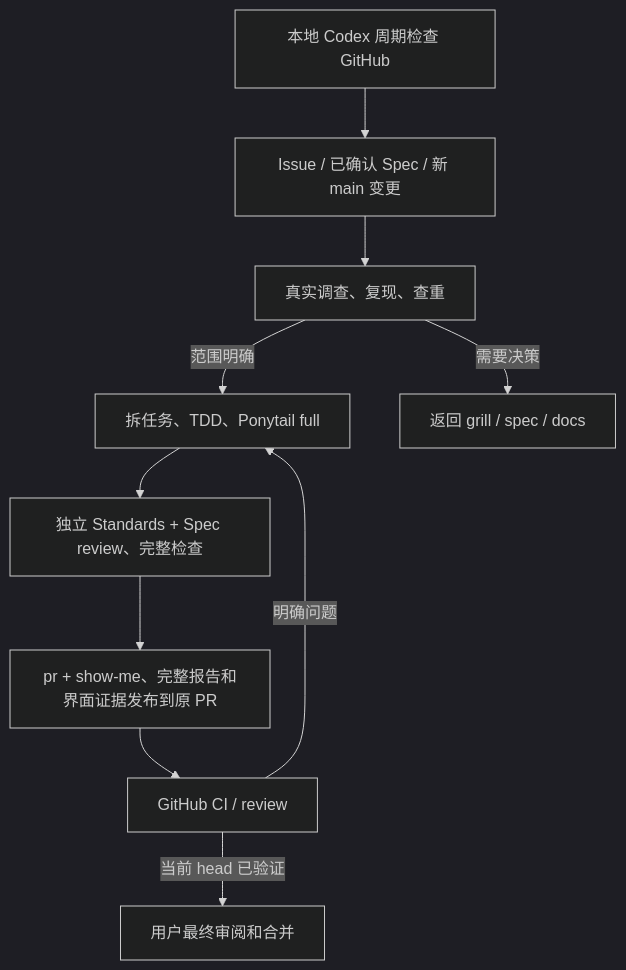
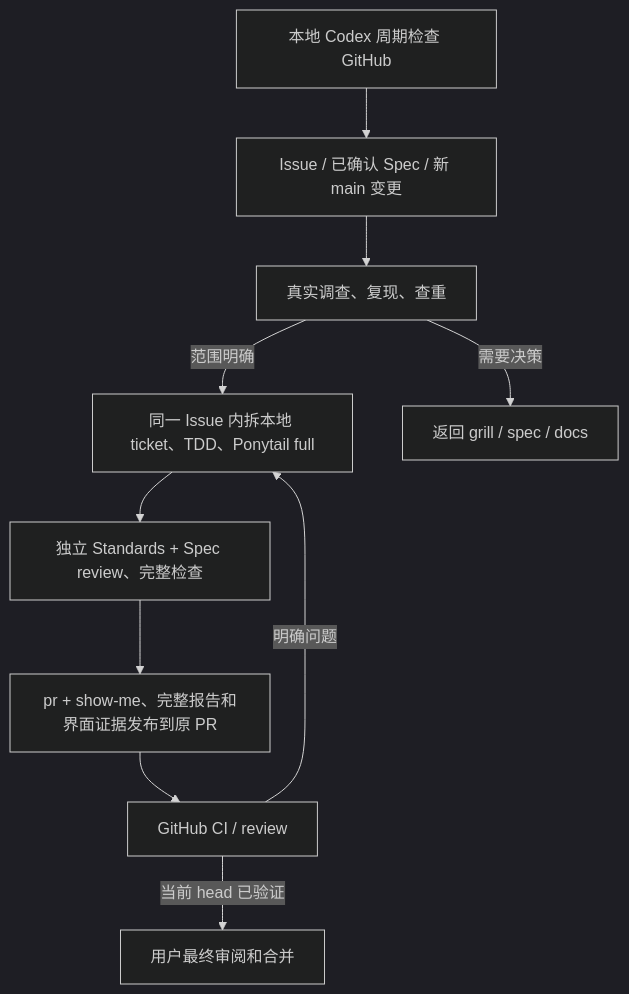
The diagram in docs/agents/agentic-workflows.md (ZWkang/nodebraid), drawn with Mermaid (dark theme) before and after one commit. The commit also changed other lines of this file and 11 other files, not shown here.

````diff
--- a/docs/agents/agentic-workflows.md
+++ b/docs/agents/agentic-workflows.md
@@ -8,12 +8,12 @@
 ```mermaid
 flowchart TD
   A[本地 Codex 周期检查 GitHub] --> B[Issue / 已确认 Spec / 新 main 变更]
   B --> C[真实调查、复现、查重]
-  C -->|范围明确| D[拆任务、TDD、Ponytail full]
+  C -->|范围明确| D[同一 Issue 内拆本地 ticket、TDD、Ponytail full]
   C -->|需要决策| E[返回 grill / spec / docs]
   D --> F[独立 Standards + Spec review、完整检查]
   F --> G[pr + show-me、完整报告和界面证据发布到原 PR]
   G --> H[GitHub CI / review]
   H -->|明确问题| D
   H -->|当前 head 已验证| I[用户最终审阅和合并]
 ```
````
